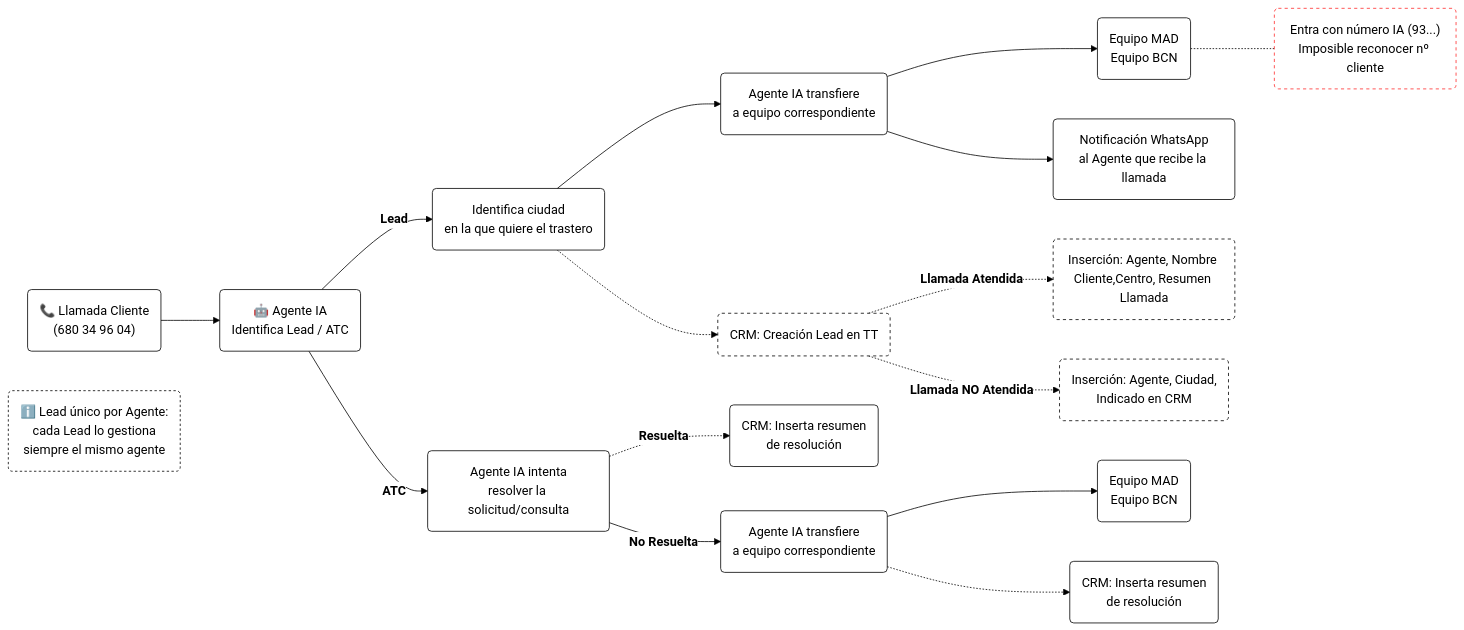
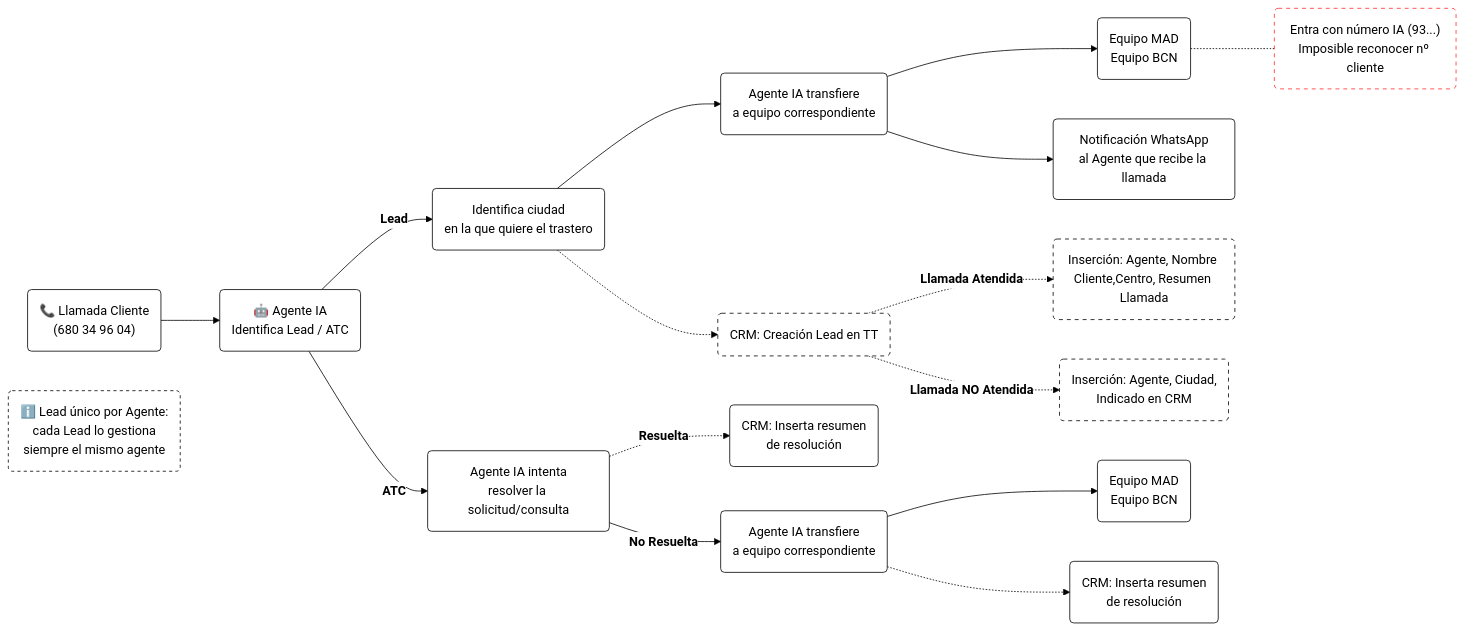
Before and after one commit to Fblanchete/Agente-IA: the diagram in flujo_en_horario (1).md, drawn with Mermaid.

Commit message:
Update stroke-dasharray values for class definitions

````diff
--- a/flujo_en_horario (1).md
+++ b/flujo_en_horario (1).md
@@ -3,35 +3,35 @@
 ```mermaid
 %%{init: {'theme': 'base', 'themeVariables': { 'fontFamily': 'Arial', 'background': '#FFFFFF', 'primaryColor': '#FFFFFF', 'primaryBorderColor': '#000000', 'primaryTextColor': '#000000', 'lineColor': '#000000', 'secondaryColor': '#FFFFFF', 'tertiaryColor': '#FFFFFF'}}}%%
 flowchart LR
     A1("📞 Llamada Cliente<br/>(680 34 96 04)") --> A2("🤖 Agente IA<br/>Identifica Lead / ATC")
 
     A2 -->|"`**Lead**`"| L1("Identifica ciudad<br/>en la que quiere el trastero")
     L1 --> L2("Agente IA transfiere<br/>a equipo correspondiente")
     L1 -.-> CRM1("CRM: Creación Lead en TT")
     L4 -.- L3("Entra con número IA (93...)<br/>Imposible reconocer nº cliente")
     L2 --> L4("Equipo MAD<br/>Equipo BCN")
     L2 --> L5("Notificación WhatsApp<br/>al Agente que recibe la llamada")
     CRM1 -.-> |"`**Llamada Atendida**`"| LA("Inserción: Agente, Nombre Cliente,Centro, Resumen Llamada")
     CRM1 -.-> |"`**Llamada NO Atendida**`"| LNA("Inserción: Agente, Ciudad,<br/>Indicado en CRM")
 
     A2 -->|"`**ATC**`"| T1("Agente IA intenta<br/>resolver la solicitud/consulta")
     T1 -.->|"`**Resuelta**`"| CRM2("CRM: Inserta resumen<br/>de resolución")
     T1 -->|"`**No Resuelta**`"| T2("Agente IA transfiere<br/>a equipo correspondiente")
     T2 --> T3("Equipo MAD<br/>Equipo BCN")
     T2 -.-> CRM3("CRM: Inserta resumen<br/>de resolución")
   
 
     N0("ℹ️ Lead único por Agente:<br/>cada Lead lo gestiona<br/>siempre el mismo agente")
 
 
     classDef todos fill:#FFFFFF,stroke:#000000,color:#000000
-    classDef nota fill:#FFFFFF,stroke:#000000,color:#000000,stroke-dasharray: 3 3
-    classDef comment fill:#FFFFFF,stroke:#FF2C2C,color:#000000,stroke-dasharray: 4 4
-    classDef CRM fill:#FFFFFF,stroke:#000000,color:#000000,stroke-dasharray: 4 4
+    classDef nota fill:#FFFFFF,stroke:#000000,color:#000000,stroke-dasharray: 4 4
+    classDef comment fill:#FFFFFF,stroke:#FF2C2C,color:#000000,stroke-dasharray: 5 5
+    classDef CRM fill:#FFFFFF,stroke:#000000,color:#000000,stroke-dasharray: 5 5
     class A1,A2,L1,L2,L4,L5,CRM2,CRM3,T1,T2,T3 todos
     class N0 nota
     class L3 comment
     class CRM1,LA,LNA CRM
    
 
 ```
````
